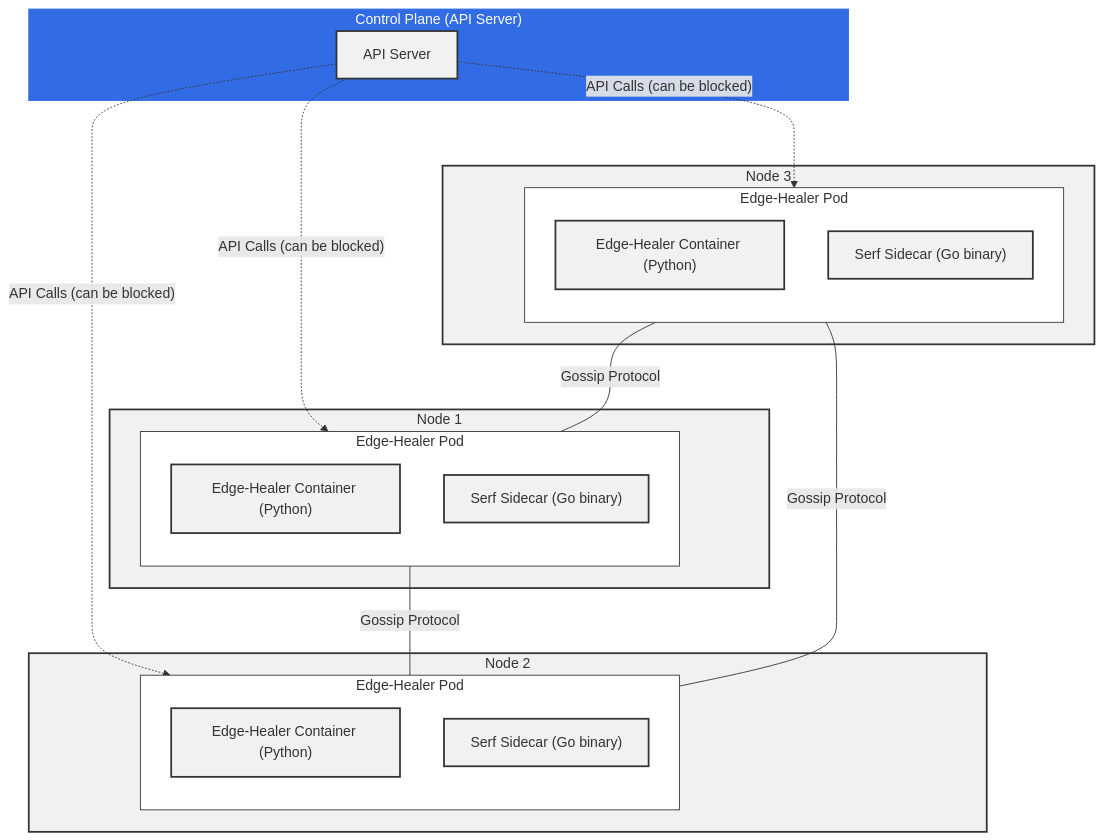
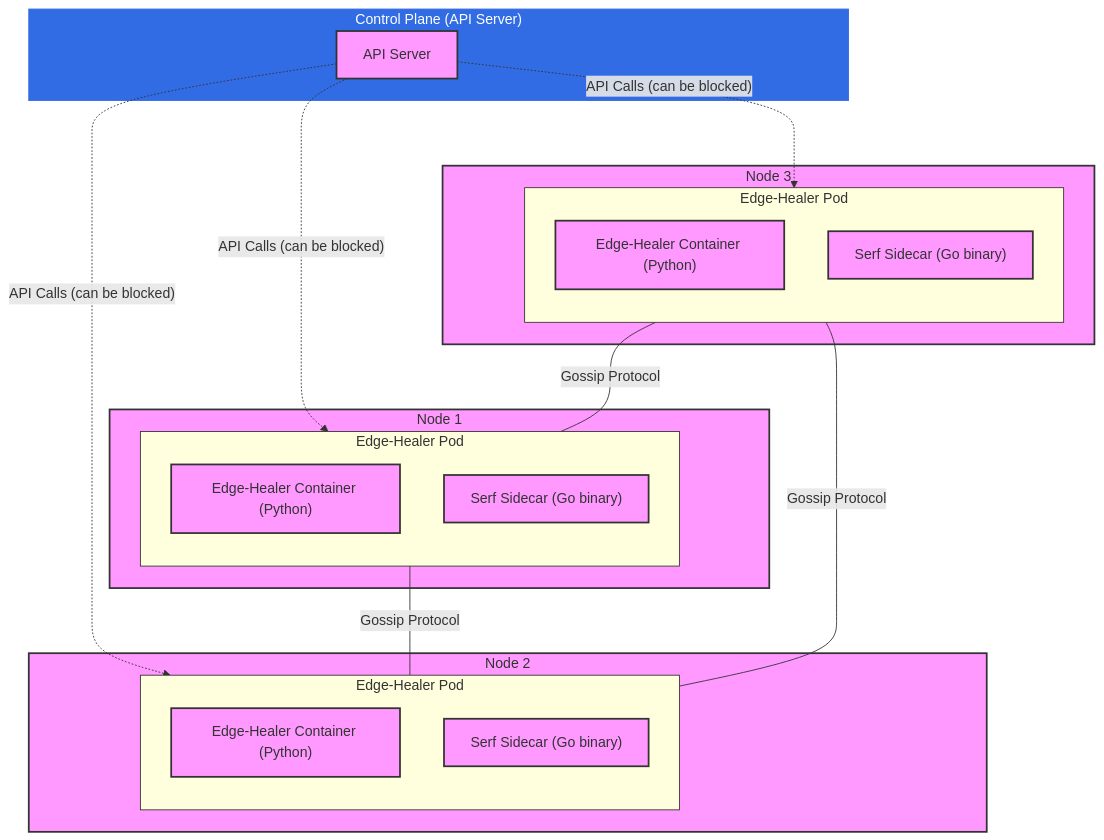
One commit to dlamagna/kubernetes-edge-healer changed the first of 2 diagrams in README.md. Above: the diagram before and after it, drawn with Mermaid.

Commit message:
mermaid colours

````diff
--- a/README.md
+++ b/README.md
@@ -22,49 +22,49 @@
 ```mermaid
 flowchart TB
     subgraph Control_Plane["Control Plane (API Server)"]
         style Control_Plane fill:#326ce5,stroke:#326ce5,color:#fff
         CP["API Server"]
     end
 
     subgraph Node1["Node 1"]
         subgraph Pod1["Edge-Healer Pod"]
             direction TB
             C1["Edge-Healer Container (Python)"]
             S1["Serf Sidecar (Go binary)"]
         end
     end
 
     subgraph Node2["Node 2"]
         subgraph Pod2["Edge-Healer Pod"]
             direction TB
             C2["Edge-Healer Container (Python)"]
             S2["Serf Sidecar (Go binary)"]
         end
     end
 
     subgraph Node3["Node 3"]
         subgraph Pod3["Edge-Healer Pod"]
             direction TB
             C3["Edge-Healer Container (Python)"]
             S3["Serf Sidecar (Go binary)"]
         end
     end
 
     %% Control Plane connections (dashed to show it can be cut off)
     CP -.->|"API Calls (can be blocked)"| Pod1
     CP -.->|"API Calls (can be blocked)"| Pod2
     CP -.->|"API Calls (can be blocked)"| Pod3
 
     %% Serf gossip network (solid lines to show it's always active)
     S1 ---|"Gossip Protocol"| S2
     S2 ---|"Gossip Protocol"| S3
     S3 ---|"Gossip Protocol"| S1
 
     %% Layout hints
-    classDef node fill:#f1f1f1,stroke:#333,stroke-width:2px
-    classDef pod fill:#fff,stroke:#333,stroke-width:1px
+    classDef node fill:#f9f,stroke:#333,stroke-width:2px
+    classDef pod stroke:#333,stroke-width:1px
     classDef control fill:#326ce5,stroke:#326ce5,color:#fff
     class Node1,Node2,Node3 node
     class Pod1,Pod2,Pod3 pod
     class Control_Plane control
 ```
````
